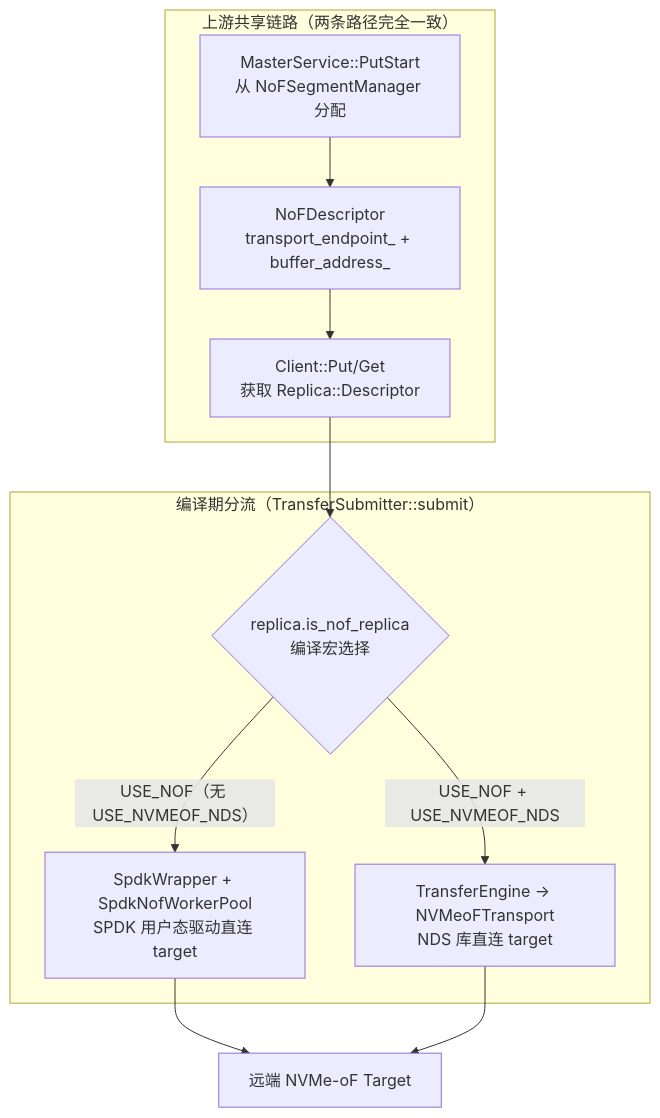
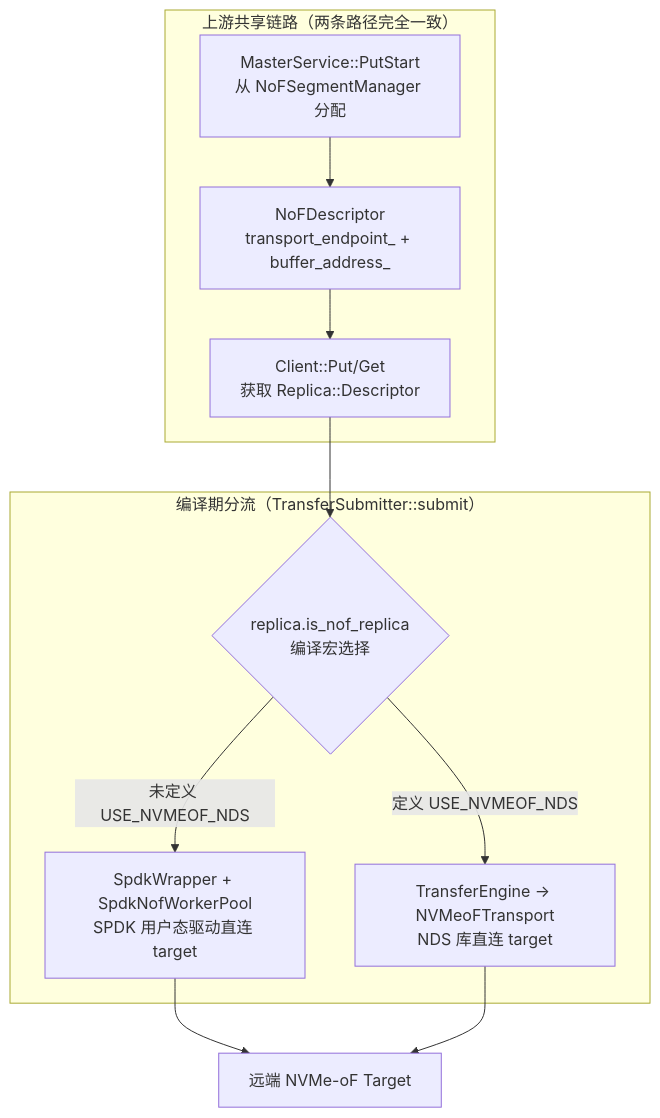
One commit to yz53665/Mooncake changed diagram 12 of 17 in docs/rfc-nds-nvmeof-transport-cn.md. Above: the diagram before and after it, drawn with Mermaid. The commit also changed other lines of this file, not shown here.

````diff
--- a/docs/rfc-nds-nvmeof-transport-cn.md
+++ b/docs/rfc-nds-nvmeof-transport-cn.md
@@ -511,19 +507,19 @@
 ```mermaid
 graph TB
     subgraph Shared["上游共享链路（两条路径完全一致）"]
         MASTER[MasterService::PutStart<br/>从 NoFSegmentManager 分配]
         DESC[NoFDescriptor<br/>transport_endpoint_ + buffer_address_]
         CLIENT[Client::Put/Get<br/>获取 Replica::Descriptor]
         MASTER --> DESC --> CLIENT
     end
 
     subgraph Fork["编译期分流（TransferSubmitter::submit）"]
         FORK{replica.is_nof_replica<br/>编译宏选择}
-        FORK -->|"USE_NOF（无 USE_NVMEOF_NDS）"| SPDK_PATH[SpdkWrapper + SpdkNofWorkerPool<br/>SPDK 用户态驱动直连 target]
-        FORK -->|"USE_NOF + USE_NVMEOF_NDS"| NDS_PATH[TransferEngine → NVMeoFTransport<br/>NDS 库直连 target]
+        FORK -->|"未定义 USE_NVMEOF_NDS"| SPDK_PATH[SpdkWrapper + SpdkNofWorkerPool<br/>SPDK 用户态驱动直连 target]
+        FORK -->|"定义 USE_NVMEOF_NDS"| NDS_PATH[TransferEngine → NVMeoFTransport<br/>NDS 库直连 target]
     end
 
     CLIENT --> FORK
     SPDK_PATH --> TARGET[远端 NVMe-oF Target]
     NDS_PATH --> TARGET
 ```
````
